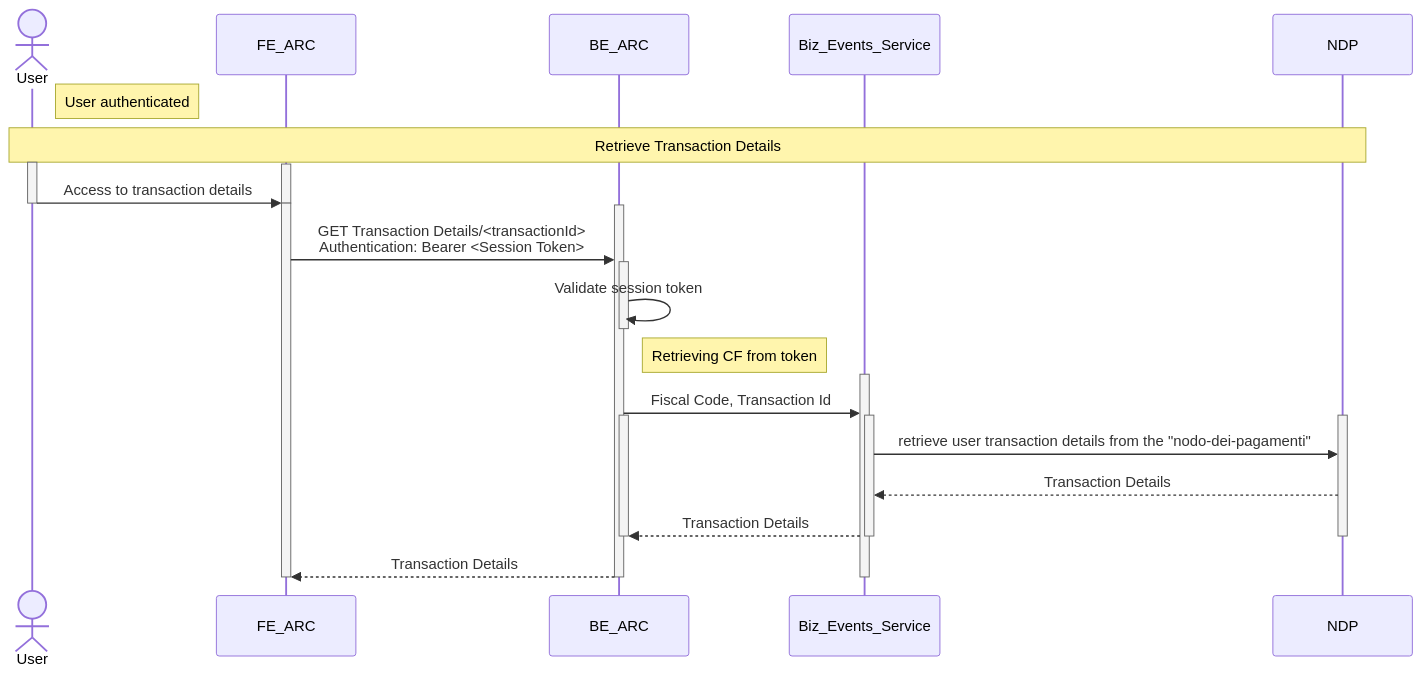
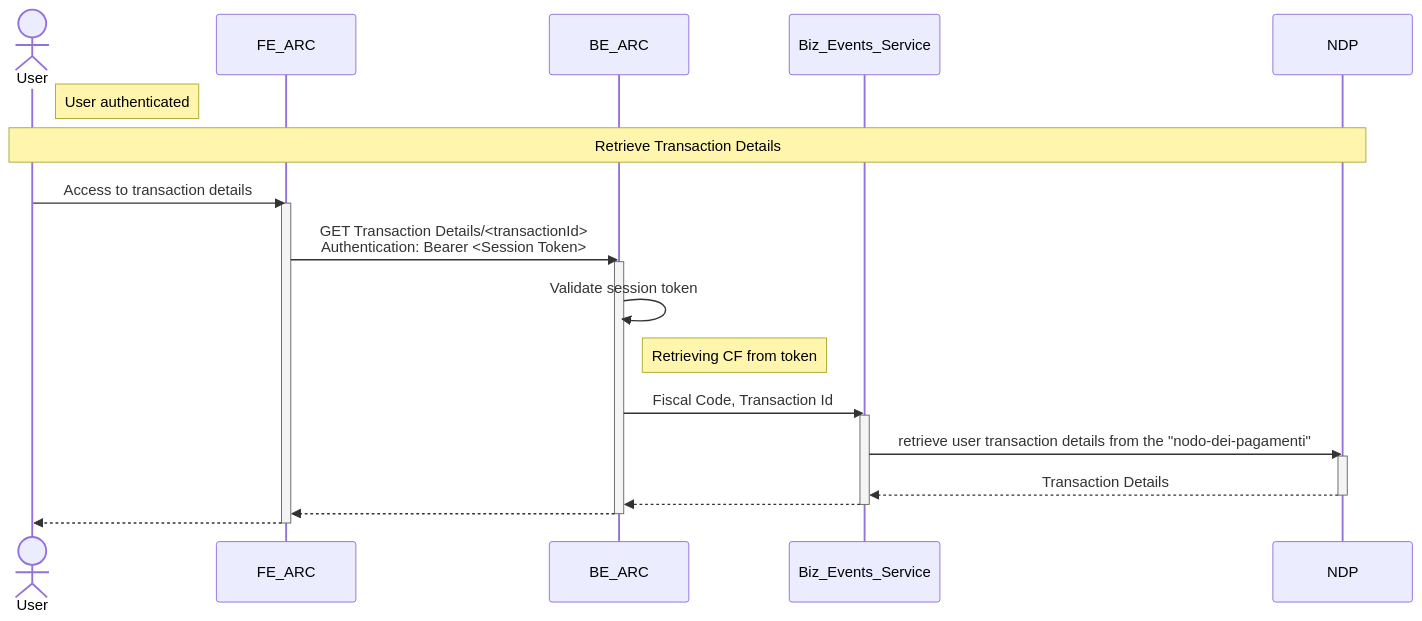
Before and after one commit to pagopa/p4pa-doc: the diagram in design/arc/sequence_diagram_transactionDetails.mmd, drawn with Mermaid. The commit also changed 2 other files, not shown here.

Commit message:
P4PU-64 updated sequence diagrams

```diff
--- a/design/arc/sequence_diagram_transactionDetails.mmd
+++ b/design/arc/sequence_diagram_transactionDetails.mmd
@@ -1,36 +1,27 @@
 sequenceDiagram
 actor User
 participant FE_ARC
 participant BE_ARC
 participant Biz_Events_Service
 participant NDP
 
 note right of User: User authenticated
 note over User, NDP : Retrieve Transaction Details
-    activate User
+    User ->> FE_ARC : Access to transaction details
     activate FE_ARC
-        User ->> FE_ARC : Access to transaction details
-    deactivate User
+        FE_ARC ->> BE_ARC : GET Transaction Details/<transactionId> <br> Authentication: Bearer <Session Token>
+        activate BE_ARC
+            BE_ARC ->> BE_ARC : Validate session token
+            note right of BE_ARC : Retrieving CF from token
+            BE_ARC ->> Biz_Events_Service : Fiscal Code, Transaction Id
+            activate Biz_Events_Service
+                Biz_Events_Service ->> NDP : retrieve user transaction details from the "nodo-dei-pagamenti"
+                activate NDP
+                    NDP -->> Biz_Events_Service : Transaction Details
+                deactivate NDP
+                Biz_Events_Service -->> BE_ARC : #
+            deactivate Biz_Events_Service
+            BE_ARC -->> FE_ARC : #
+        deactivate BE_ARC
+    FE_ARC  -->> User : #
     deactivate FE_ARC
-    activate FE_ARC
-    activate BE_ARC
-        FE_ARC ->> BE_ARC : GET Transaction Details/<transactionId> <br> Authentication: Bearer <Session Token>
-    activate BE_ARC
-        BE_ARC ->> BE_ARC : Validate session token
-    deactivate BE_ARC
-    note right of BE_ARC : Retrieving CF from token
-    activate Biz_Events_Service
-        BE_ARC ->> Biz_Events_Service : Fiscal Code, Transaction Id
-    activate NDP
-    activate BE_ARC
-    activate Biz_Events_Service
-        Biz_Events_Service ->> NDP : retrieve user transaction details from the "nodo-dei-pagamenti"
-        NDP -->> Biz_Events_Service : Transaction Details
-        Biz_Events_Service -->> BE_ARC : Transaction Details
-    deactivate Biz_Events_Service
-    deactivate BE_ARC
-    deactivate NDP
-        BE_ARC -->> FE_ARC : Transaction Details
-    deactivate BE_ARC
-    deactivate FE_ARC
-    deactivate Biz_Events_Service
```
